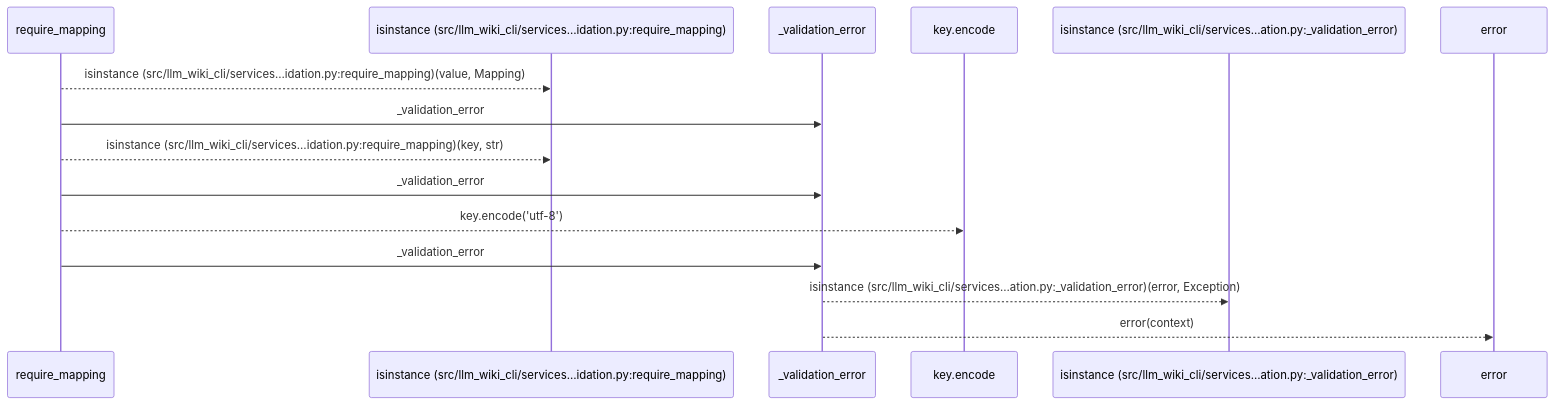
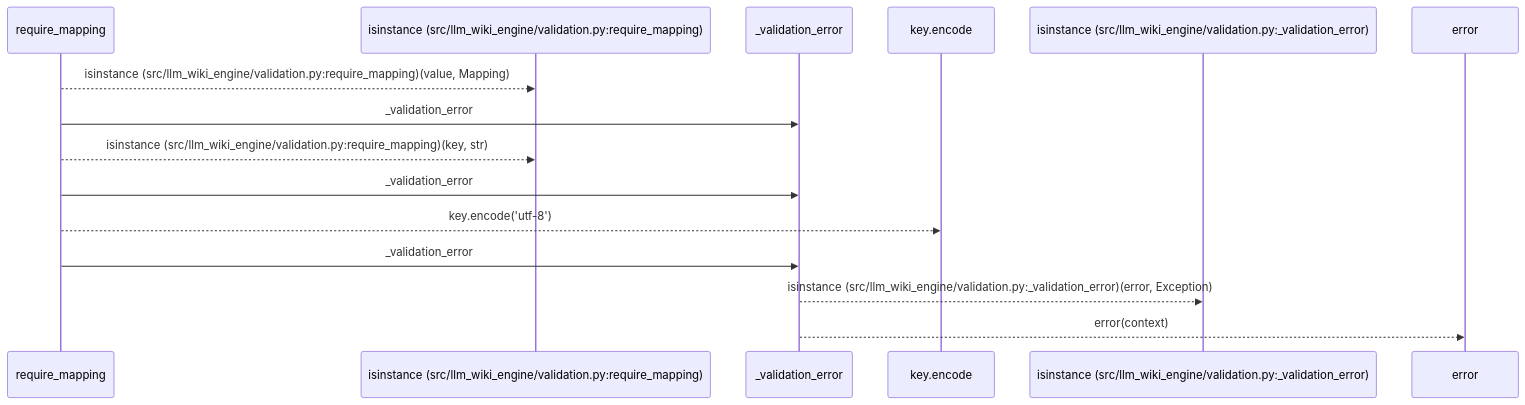
Before and after one commit to Denissvgn/python-wiki-llm: the first of 2 diagrams in docs/llm_wiki/flows/api-require_mapping.md, drawn with Mermaid. The commit also changed other lines of this file and 1103 other files, not shown here.

First line of the commit message:
docs: refresh the wiki for the llm-wiki-engine distribution

````diff
--- a/docs/llm_wiki/flows/api-require_mapping.md
+++ b/docs/llm_wiki/flows/api-require_mapping.md
@@ -12,17 +12,17 @@
 ```mermaid
 sequenceDiagram
     participant p0 as require_mapping
-    participant p1 as isinstance (src/llm_wiki_cli/services…idation.py:require_mapping)
+    participant p1 as isinstance (src/llm_wiki_engine/validation.py:require_mapping)
     participant p2 as _validation_error
     participant p3 as key.encode
-    participant p4 as isinstance (src/llm_wiki_cli/services…ation.py:_validation_error)
+    participant p4 as isinstance (src/llm_wiki_engine/validation.py:_validation_error)
     participant p5 as error
-    p0-->>p1: isinstance (src/llm_wiki_cli/services…idation.py:require_mapping)(value, Mapping)
+    p0-->>p1: isinstance (src/llm_wiki_engine/validation.py:require_mapping)(value, Mapping)
     p0->>p2: _validation_error
-    p0-->>p1: isinstance (src/llm_wiki_cli/services…idation.py:require_mapping)(key, str)
+    p0-->>p1: isinstance (src/llm_wiki_engine/validation.py:require_mapping)(key, str)
     p0->>p2: _validation_error
     p0-->>p3: key.encode('utf-8')
     p0->>p2: _validation_error
-    p2-->>p4: isinstance (src/llm_wiki_cli/services…ation.py:_validation_error)(error, Exception)
+    p2-->>p4: isinstance (src/llm_wiki_engine/validation.py:_validation_error)(error, Exception)
     p2-->>p5: error(context)
 ```
````
